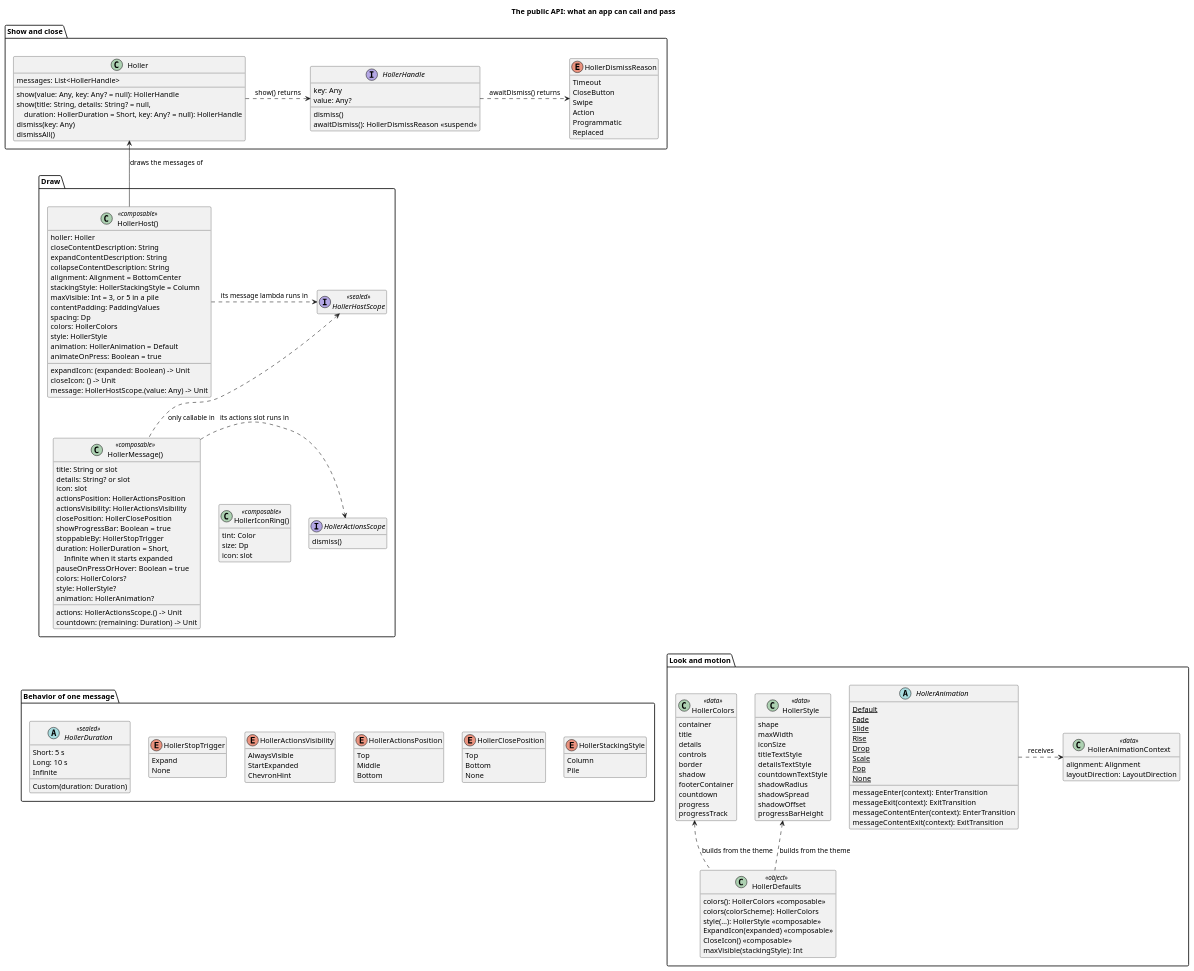
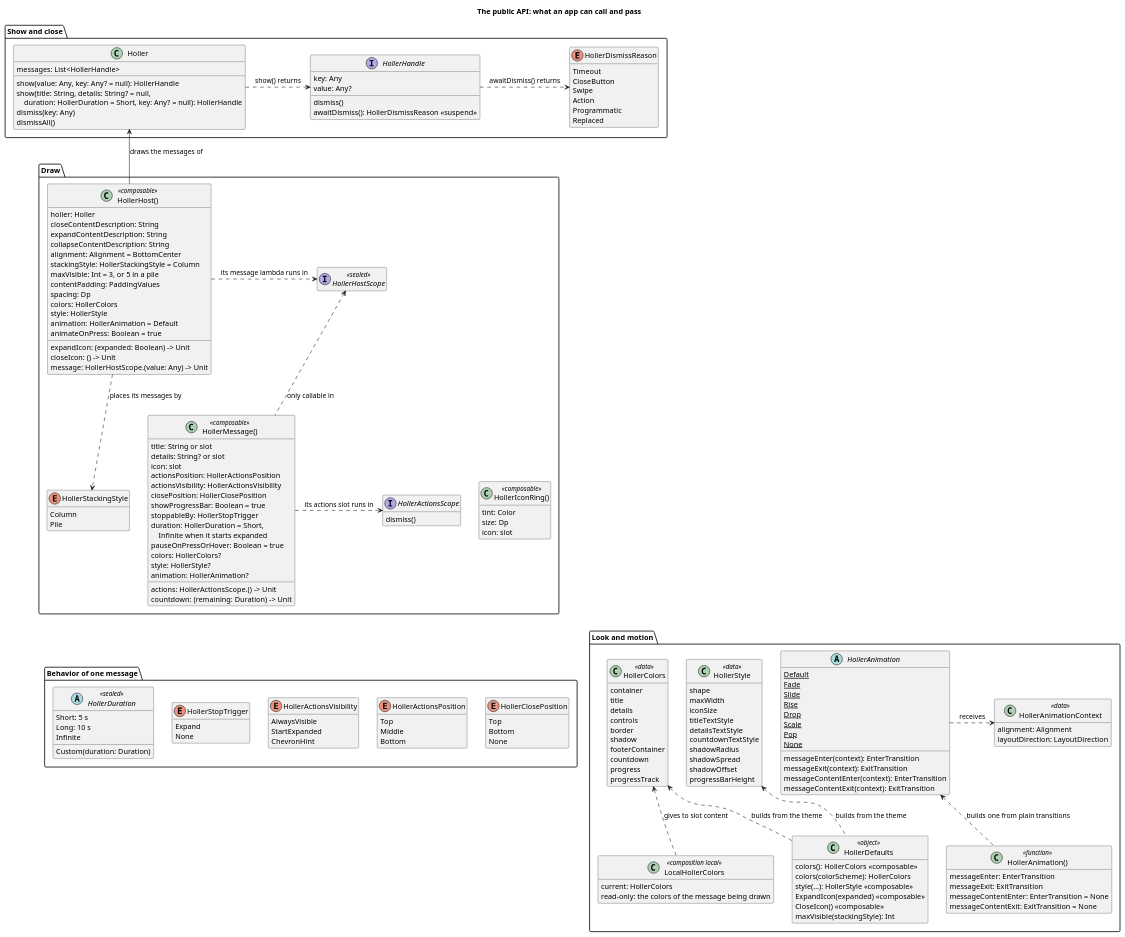
One commit to mradzinski/Holler changed the diagram in docs/holler-4-public-api.puml. Above: the diagram before and after it, drawn with PlantUML. The commit also changed 15 other files, not shown here.

Commit message:
Updated the architecture diagrams and removed their SVG versions

```diff
--- a/docs/holler-4-public-api.puml
+++ b/docs/holler-4-public-api.puml
@@ -82,6 +82,11 @@
         size: Dp
         icon: slot
     }
+
+    enum HollerStackingStyle {
+        Column
+        Pile
+    }
 }
 
 package "Behavior of one message" {
@@ -96,11 +101,6 @@
     enum HollerStopTrigger {
         Expand
         None
-    }
-
-    enum HollerStackingStyle {
-        Column
-        Pile
     }
 
     enum HollerActionsPosition {
@@ -150,6 +150,11 @@
         progressBarHeight
     }
 
+    class LocalHollerColors <<composition local>> {
+        current: HollerColors
+        read-only: the colors of the message being drawn
+    }
+
     class HollerDefaults <<object>> {
         colors(): HollerColors <<composable>>
         colors(colorScheme): HollerColors
@@ -174,6 +179,13 @@
         {static} None
     }
 
+    class "HollerAnimation()" as HollerAnimationFactory <<function>> {
+        messageEnter: EnterTransition
+        messageExit: ExitTransition
+        messageContentEnter: EnterTransition = None
+        messageContentExit: ExitTransition = None
+    }
+
     class HollerAnimationContext <<data>> {
         alignment: Alignment
         layoutDirection: LayoutDirection
@@ -194,6 +206,9 @@
 HollerDefaults .up.> HollerColors : builds from the theme
 HollerDefaults .up.> HollerStyle : builds from the theme
 HollerAnimation .right.> HollerAnimationContext : receives
+HollerAnimationFactory .up.> HollerAnimation : builds one from plain transitions
+LocalHollerColors .up.> HollerColors : gives to slot content
+HollerHost .down.> HollerStackingStyle : places its messages by
 
 ' Invisible links that only place the groups: behavior and look sit under the composables.
 HollerMessage -[hidden]down-> HollerDuration
@@ -201,7 +216,6 @@
 HollerStopTrigger -[hidden]right-> HollerActionsVisibility
 HollerActionsVisibility -[hidden]right-> HollerActionsPosition
 HollerActionsPosition -[hidden]right-> HollerClosePosition
-HollerClosePosition -[hidden]right-> HollerStackingStyle
 HollerActionsScope -[hidden]down-> HollerColors
 HollerColors -[hidden]right-> HollerStyle
 HollerStyle -[hidden]right-> HollerAnimation
```
